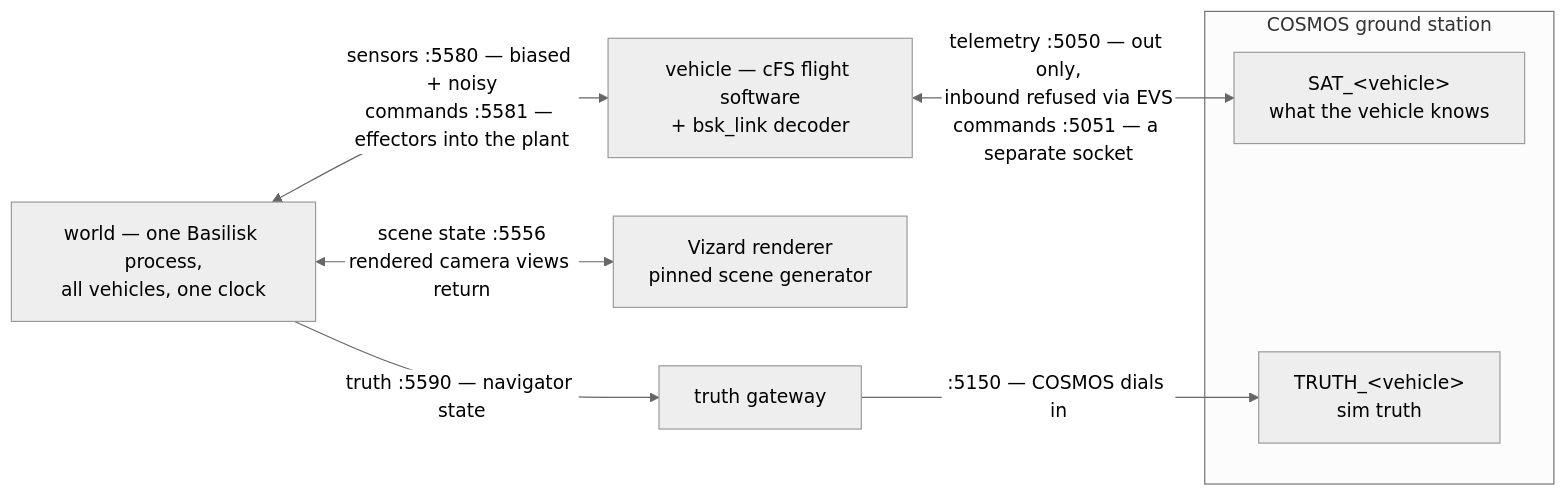
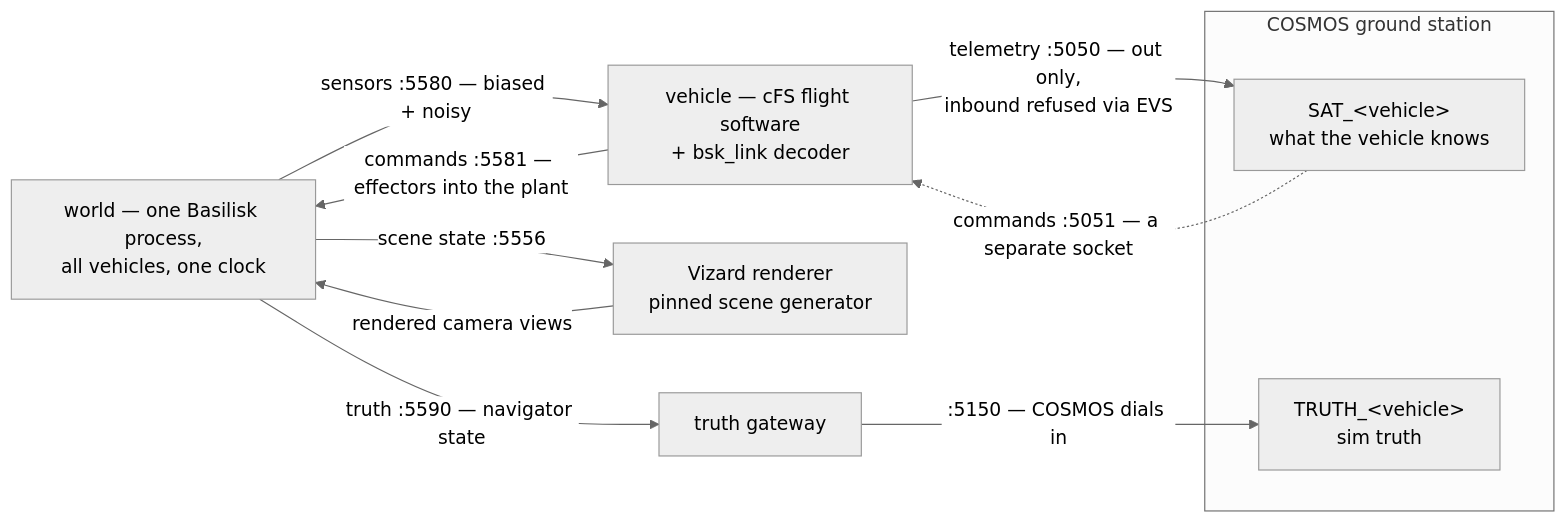
One commit to stephen-ritter/orrery changed the diagram in README.md. Above: the diagram before and after it, drawn with Mermaid (neutral theme).

Commit message:
README diagram: separate wires, grouped station
The bidirectional edges kept the layout honest but conflated wires the
system keeps strictly separate — telemetry and commands are different
sockets with different laws, and the picture should not blur them. Back to
one arrow per wire (telemetry out, commands back as its own dotted edge,
sensors, effector commands, scene, views).

The grouping the previous complaint was really about now comes from
structure instead of luck: SAT and TRUTH live inside a labelled COSMOS
ground-station subgraph, so the station's two faces stay together no matter
how the layout engine breaks the three return-edge cycles. Forward wires are
declared first and the return edges last, which is also how the ranker
chooses which side of a cycle to keep.

````diff
--- a/README.md
+++ b/README.md
@@ -146,16 +146,18 @@
 ```mermaid
 flowchart LR
   WORLD["world — one Basilisk process,<br/>all vehicles, one clock"]
   VEH["vehicle — cFS flight software<br/>+ bsk_link decoder"]
   REND["Vizard renderer<br/>pinned scene generator"]
   GW["truth gateway"]
   subgraph GS["COSMOS ground station"]
     SAT["SAT_&lt;vehicle&gt;<br/>what the vehicle knows"]
     TRT["TRUTH_&lt;vehicle&gt;<br/>sim truth"]
   end
-  WORLD <-->|"sensors :5580 — biased + noisy<br/>commands :5581 — effectors into the plant"| VEH
-  WORLD <-->|"scene state :5556<br/>rendered camera views return"| REND
-  VEH <-->|"telemetry :5050 — out only,<br/>inbound refused via EVS<br/>commands :5051 — a separate socket"| SAT
-  WORLD -- "truth :5590 — navigator state" --> GW
-  GW -- ":5150 — COSMOS dials in" --> TRT
+  WORLD -- "sensors :5580 — biased + noisy" --> VEH
+  WORLD -- "scene state :5556" --> REND
+  WORLD -- "truth :5590 — navigator state" --> GW -- ":5150 — COSMOS dials in" --> TRT
+  VEH -- "telemetry :5050 — out only,<br/>inbound refused via EVS" --> SAT
+  SAT -. "commands :5051 — a separate socket" .-> VEH
+  VEH -- "commands :5581 — effectors into the plant" --> WORLD
+  REND -- "rendered camera views" --> WORLD
 ```
````
